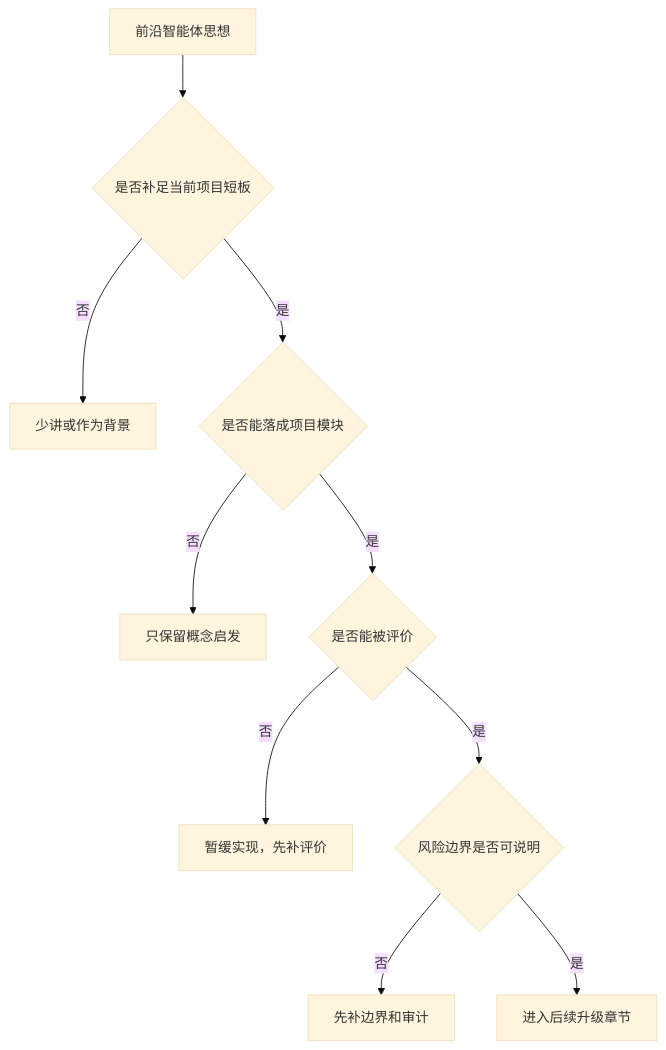
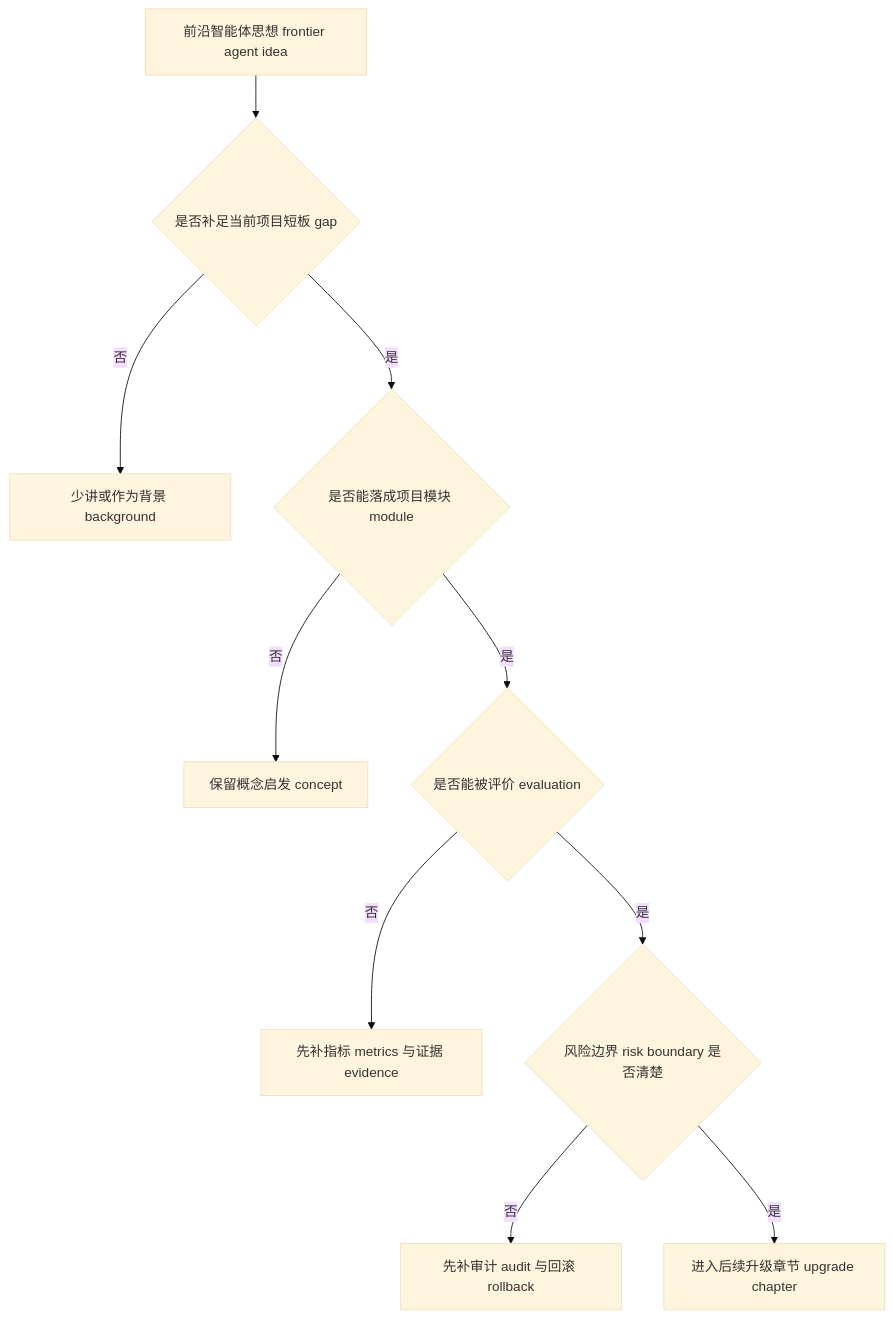
The third of 3 diagrams in docs/book/manuscript/part_05/chapter_31.md (tbkken/GenerativeAgentsCN), drawn with Mermaid (base theme) before and after one commit. The commit also changed other lines of this file and 18 other files, not shown here.

````diff
--- a/docs/book/manuscript/part_05/chapter_31.md
+++ b/docs/book/manuscript/part_05/chapter_31.md
@@ -352,12 +125,12 @@
 ```mermaid
 flowchart TD
-    Idea["前沿智能体思想"] --> Gap{"是否补足当前项目短板"}
-    Gap -->|否| Skip["少讲或作为背景"]
-    Gap -->|是| Module{"是否能落成项目模块"}
-    Module -->|否| Concept["只保留概念启发"]
-    Module -->|是| Eval{"是否能被评价"}
-    Eval -->|否| Hold["暂缓实现，先补评价"]
-    Eval -->|是| Risk{"风险边界是否可说明"}
-    Risk -->|否| Guard["先补边界和审计"]
-    Risk -->|是| Chapter["进入后续升级章节"]
+    Idea["前沿智能体思想 frontier agent idea"] --> Gap{"是否补足当前项目短板 gap"}
+    Gap -->|否| Skip["少讲或作为背景 background"]
+    Gap -->|是| Module{"是否能落成项目模块 module"}
+    Module -->|否| Concept["保留概念启发 concept"]
+    Module -->|是| Eval{"是否能被评价 evaluation"}
+    Eval -->|否| Hold["先补指标 metrics 与证据 evidence"]
+    Eval -->|是| Risk{"风险边界 risk boundary 是否清楚"}
+    Risk -->|否| Guard["先补审计 audit 与回滚 rollback"]
+    Risk -->|是| Chapter["进入后续升级章节 upgrade chapter"]
 ```
````
